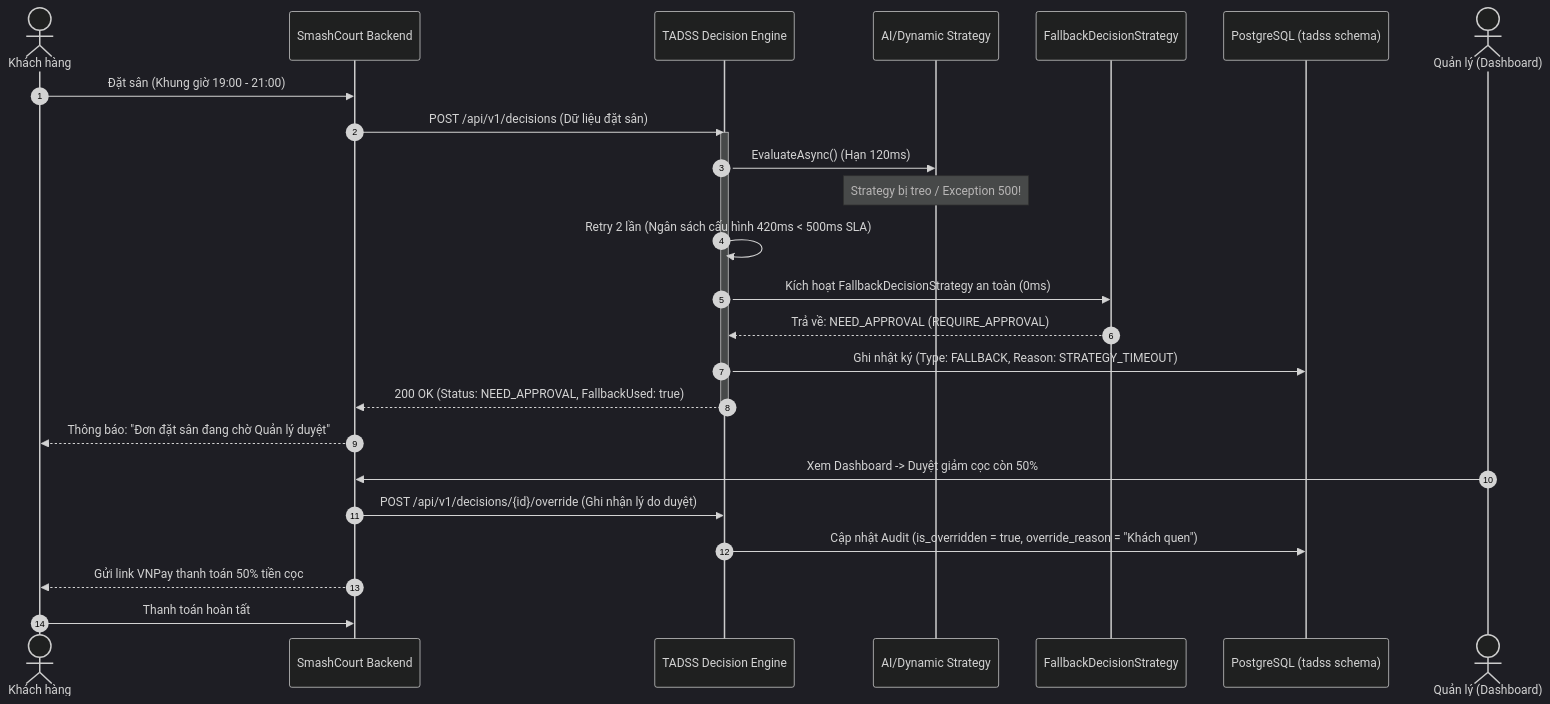
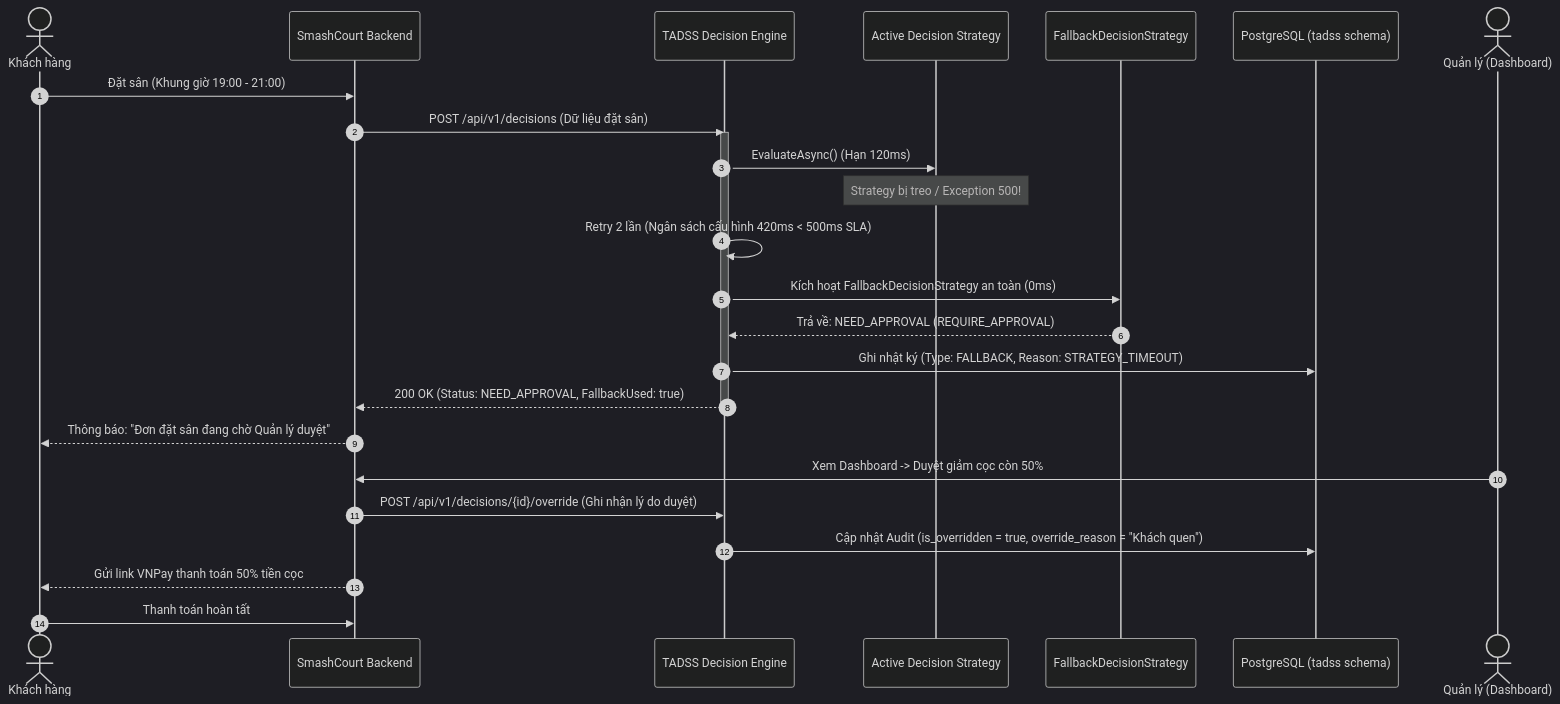
Before and after one commit to NguyenThanhTrung-N2T/TrustworthyAdaptiveDecisionSupportSystem-TADSS: the fourth of 7 diagrams in docs/PROJECT_BLUEPRINT_AND_SYSTEM_OVERVIEW.md, drawn with Mermaid (dark theme). The commit also changed other lines of this file and 38 other files, not shown here.

````diff
--- a/docs/PROJECT_BLUEPRINT_AND_SYSTEM_OVERVIEW.md
+++ b/docs/PROJECT_BLUEPRINT_AND_SYSTEM_OVERVIEW.md
@@ -178,34 +179,34 @@
 ```mermaid
 sequenceDiagram
     autonumber
     actor User as Khách hàng
     participant SC as SmashCourt Backend
     participant TADSS as TADSS Decision Engine
-    participant Strat as AI/Dynamic Strategy
+    participant Strat as Active Decision Strategy
     participant Fallback as FallbackDecisionStrategy
     participant DB as PostgreSQL (tadss schema)
     actor Manager as Quản lý (Dashboard)
 
     User->>SC: Đặt sân (Khung giờ 19:00 - 21:00)
     SC->>TADSS: POST /api/v1/decisions (Dữ liệu đặt sân)
     
     activate TADSS
     TADSS->>Strat: EvaluateAsync() (Hạn 120ms)
     Note over Strat: Strategy bị treo / Exception 500!
     TADSS->>TADSS: Retry 2 lần (Ngân sách cấu hình 420ms < 500ms SLA)
     TADSS->>Fallback: Kích hoạt FallbackDecisionStrategy an toàn (0ms)
     Fallback-->>TADSS: Trả về: NEED_APPROVAL (REQUIRE_APPROVAL)
     
     TADSS->>DB: Ghi nhật ký (Type: FALLBACK, Reason: STRATEGY_TIMEOUT)
     TADSS-->>SC: 200 OK (Status: NEED_APPROVAL, FallbackUsed: true)
     deactivate TADSS
     
     SC-->>User: Thông báo: "Đơn đặt sân đang chờ Quản lý duyệt"
     
     Manager->>SC: Xem Dashboard -> Duyệt giảm cọc còn 50%
     SC->>TADSS: POST /api/v1/decisions/{id}/override (Ghi nhận lý do duyệt)
     TADSS->>DB: Cập nhật Audit (is_overridden = true, override_reason = "Khách quen")
     
     SC-->>User: Gửi link VNPay thanh toán 50% tiền cọc
     User->>SC: Thanh toán hoàn tất
 ```
````
